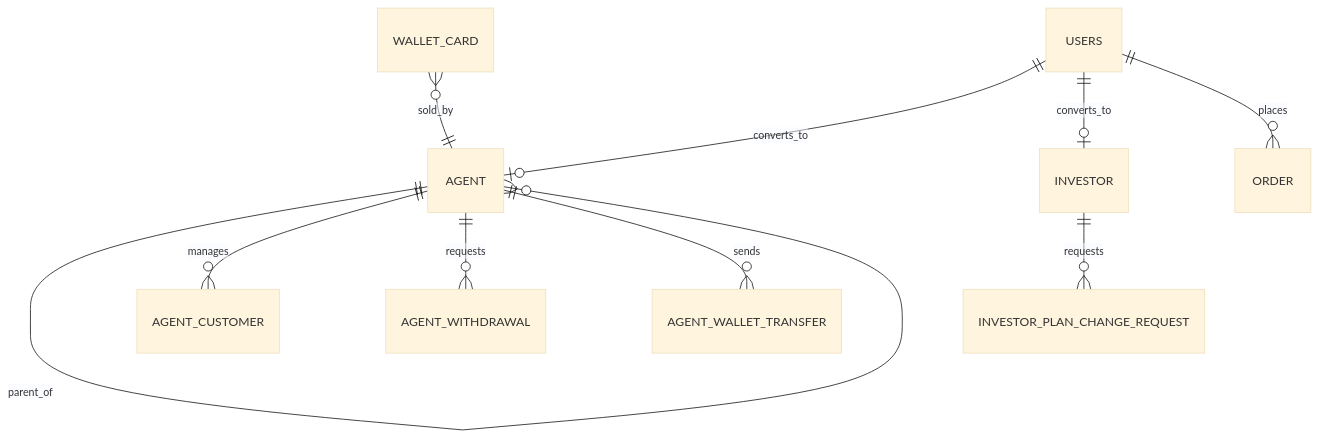
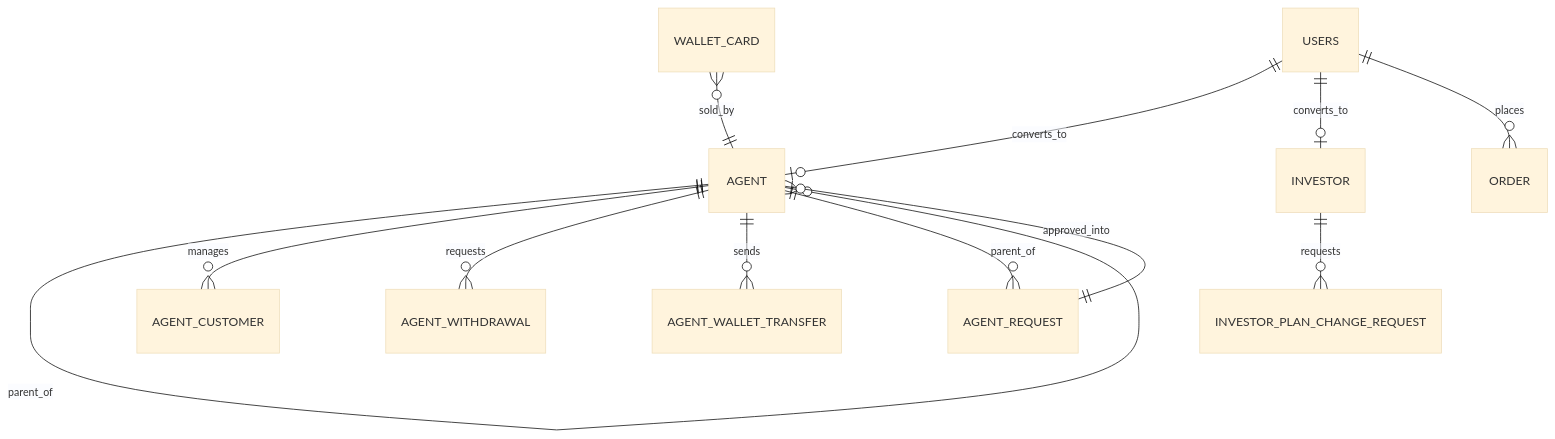
The diagram in docs/apps/agent-investor-app/erd.md (juniordeveloper9400/Shield), drawn with Mermaid (base theme) before and after one commit. The commit also changed other lines of this file and 9 other files, not shown here.

````diff
--- a/docs/apps/agent-investor-app/erd.md
+++ b/docs/apps/agent-investor-app/erd.md
@@ -5,12 +5,14 @@
 ```mermaid
 erDiagram
   USERS ||--o| AGENT : converts_to
   USERS ||--o| INVESTOR : converts_to
   AGENT ||--o{ AGENT : parent_of
   AGENT ||--o{ AGENT_CUSTOMER : manages
   AGENT ||--o{ AGENT_WITHDRAWAL : requests
   AGENT ||--o{ AGENT_WALLET_TRANSFER : sends
+  AGENT ||--o{ AGENT_REQUEST : parent_of
+  AGENT_REQUEST ||--o| AGENT : approved_into
   INVESTOR ||--o{ INVESTOR_PLAN_CHANGE_REQUEST : requests
   USERS ||--o{ ORDER : places
   WALLET_CARD }o--|| AGENT : sold_by
 ```
````
